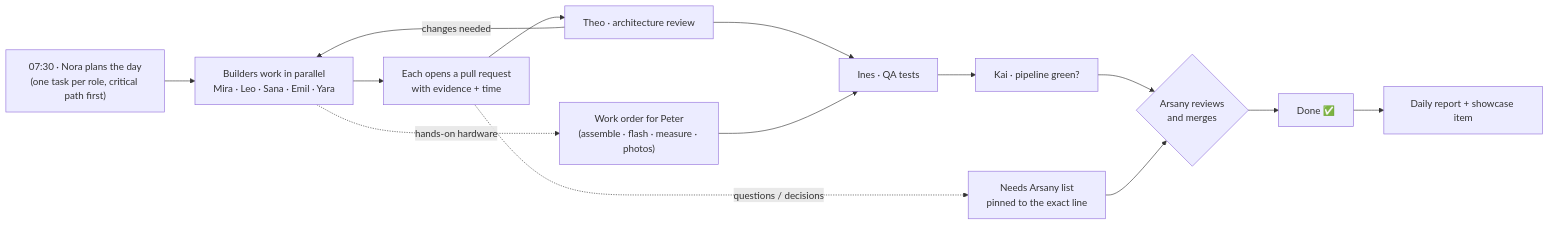
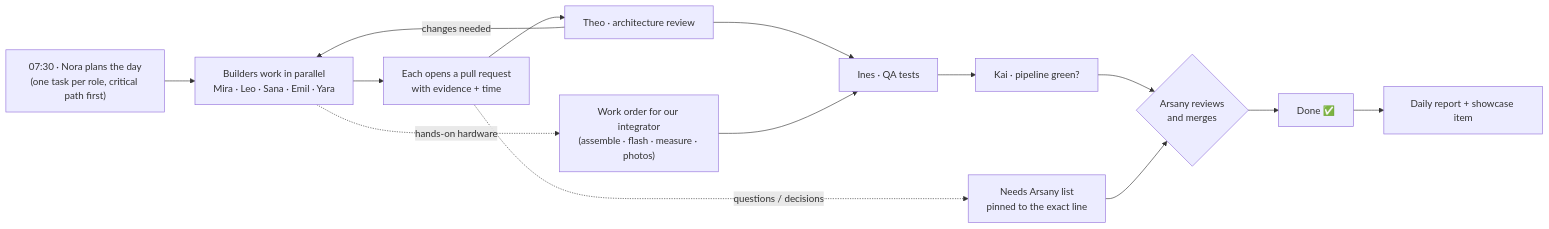
The first of 2 diagrams in showcase/workflow/team-workflow.md (nilwerk/nilwerk-lab), drawn with Mermaid before and after one commit. The commit also changed other lines of this file and 8 other files, not shown here.

````diff
--- a/showcase/workflow/team-workflow.md
+++ b/showcase/workflow/team-workflow.md
@@ -26,16 +26,16 @@
 ```mermaid
 flowchart LR
   A["07:30 · Nora plans the day<br/>(one task per role, critical path first)"] --> B["Builders work in parallel<br/>Mira · Leo · Sana · Emil · Yara"]
   B --> C["Each opens a pull request<br/>with evidence + time"]
   C --> D["Theo · architecture review"]
   D -->|changes needed| B
   D --> E["Ines · QA tests"]
   E --> F["Kai · pipeline green?"]
   F --> G{"Arsany reviews<br/>and merges"}
   G --> H["Done ✅"]
-  B -. "hands-on hardware" .-> P["Work order for Peter<br/>(assemble · flash · measure · photos)"]
+  B -. "hands-on hardware" .-> P["Work order for our integrator<br/>(assemble · flash · measure · photos)"]
   P --> E
   C -. "questions / decisions" .-> N["Needs Arsany list<br/>pinned to the exact line"]
   N --> G
   H --> S["Daily report + showcase item"]
 ```
````
